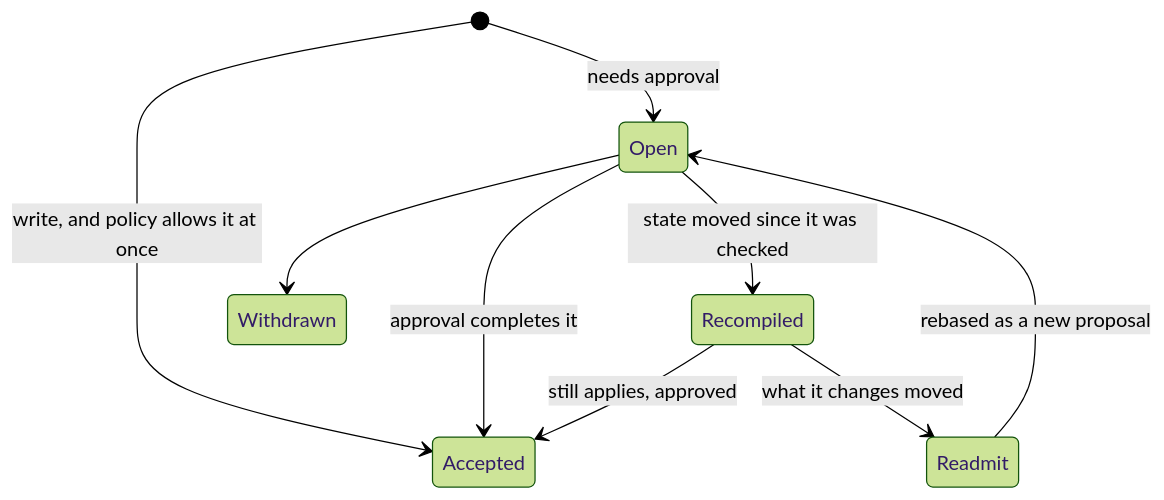
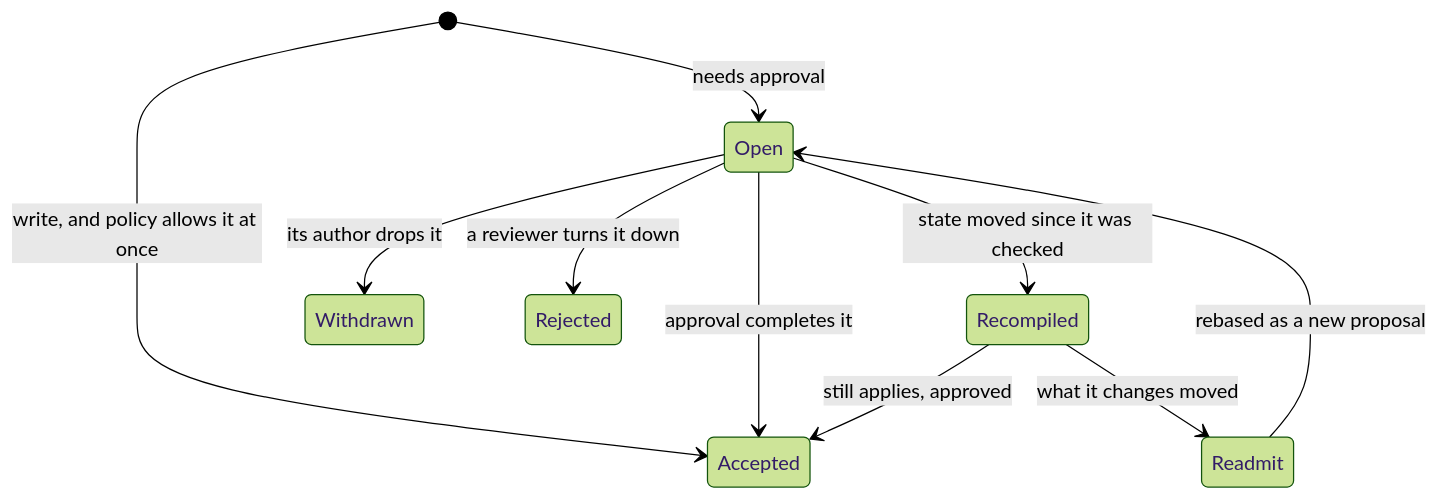
The third of 4 diagrams in docs/concepts.md (cruxible-ai/cruxible), drawn with Mermaid (forest theme) before and after one commit. The commit also changed other lines of this file and 3 other files, not shown here.

````diff
--- a/docs/concepts.md
+++ b/docs/concepts.md
@@ -473,11 +476,12 @@
 ```mermaid
 stateDiagram-v2
     [*] --> Accepted: write, and policy allows it at once
     [*] --> Open: needs approval
     Open --> Accepted: approval completes it
     Open --> Recompiled: state moved since it was checked
     Recompiled --> Accepted: still applies, approved
     Recompiled --> Readmit: what it changes moved
     Readmit --> Open: rebased as a new proposal
-    Open --> Withdrawn
+    Open --> Withdrawn: its author drops it
+    Open --> Rejected: a reviewer turns it down
 ```
````
